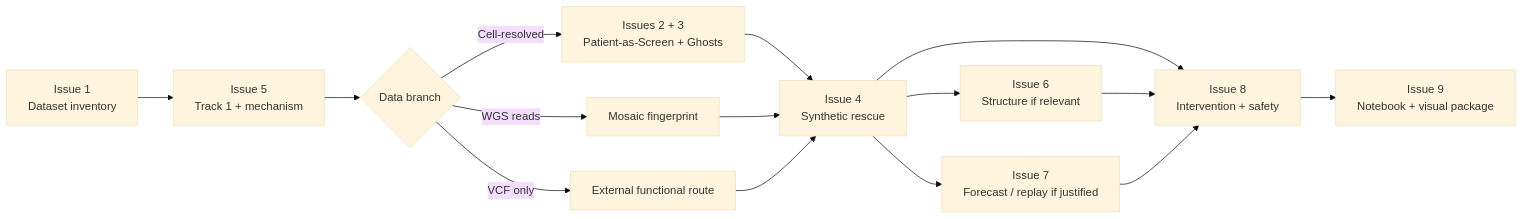
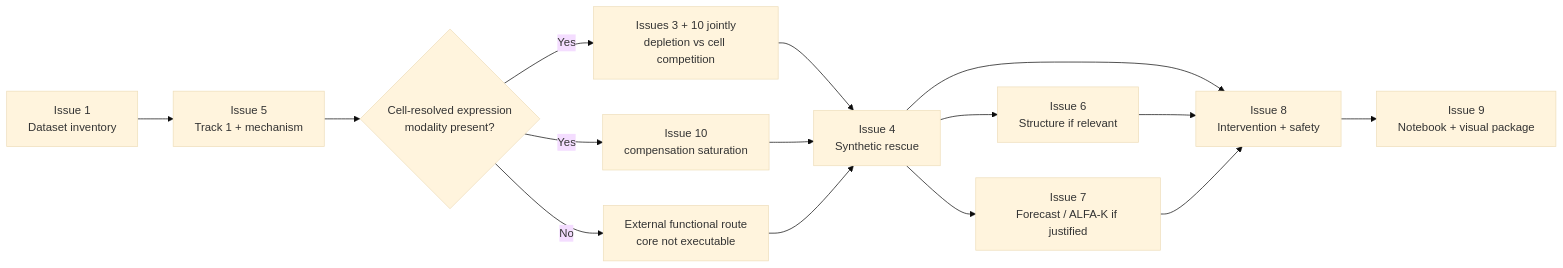
Before and after one commit to Manceb0/mosaic-rescue: the diagram in docs/status_board.md, drawn with Mermaid (base theme). The commit also changed other lines of this file and 6 other files, not shown here.

````diff
--- a/docs/status_board.md
+++ b/docs/status_board.md
@@ -7,17 +7,17 @@
 ```mermaid
 flowchart LR
-    A[Issue 1\nDataset inventory] --> B[Issue 5\nTrack 1 + mechanism]
-    B --> C{Data branch}
-    C -- Cell-resolved --> D[Issues 2 + 3\nPatient-as-Screen + Ghosts]
-    C -- WGS reads --> E[Mosaic fingerprint]
-    C -- VCF only --> F[External functional route]
-    D --> G[Issue 4\nSynthetic rescue]
-    E --> G
+    A["Issue 1<br/>Dataset inventory"] --> B["Issue 5<br/>Track 1 + mechanism"]
+    B --> C{"Cell-resolved expression<br/>modality present?"}
+    C -- Yes --> D["Issues 3 + 10 jointly<br/>depletion vs cell competition"]
+    C -- Yes --> S["Issue 10<br/>compensation saturation"]
+    C -- No --> F["External functional route<br/>core not executable"]
+    D --> G["Issue 4<br/>Synthetic rescue"]
+    S --> G
     F --> G
-    G --> H[Issue 6\nStructure if relevant]
-    G --> I[Issue 7\nForecast / replay if justified]
-    G --> J[Issue 8\nIntervention + safety]
+    G --> H["Issue 6<br/>Structure if relevant"]
+    G --> I["Issue 7<br/>Forecast / ALFA-K if justified"]
+    G --> J["Issue 8<br/>Intervention + safety"]
     H --> J
     I --> J
-    J --> K[Issue 9\nNotebook + visual package]
+    J --> K["Issue 9<br/>Notebook + visual package"]
 ```
````
